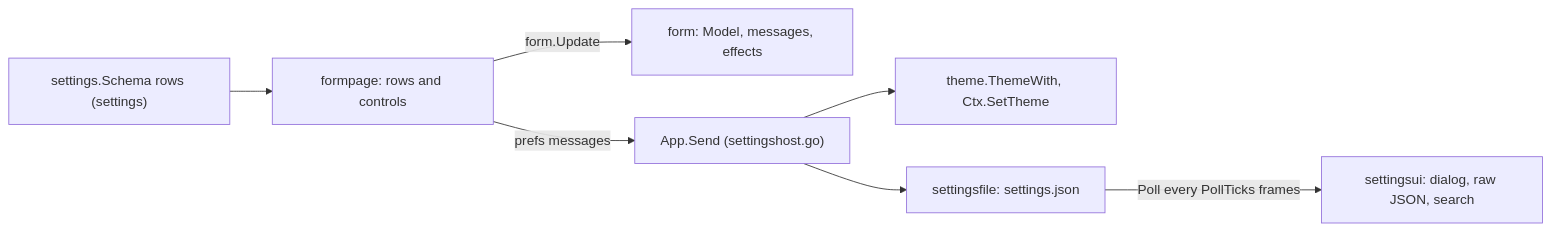
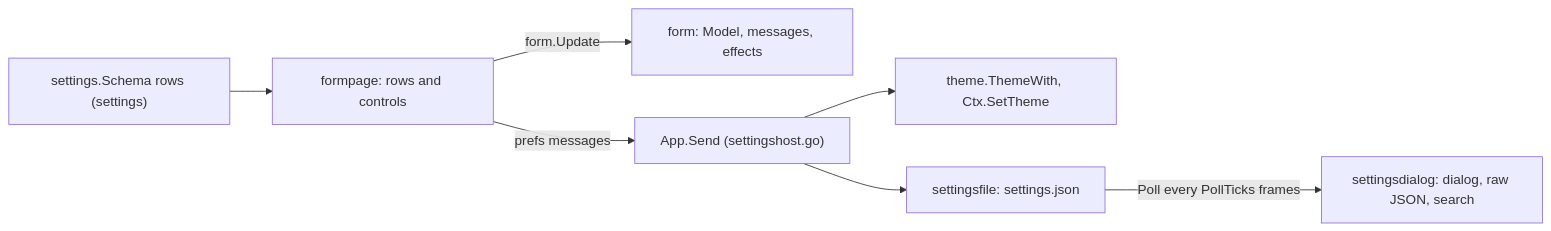
Before and after one commit to gascoigne-ai/gascoigne-workshop: the diagram in internal/feature/settings/FEATURE.md, drawn with Mermaid. The commit also changed other lines of this file and 155 other files, not shown here.

````diff
--- a/internal/feature/settings/FEATURE.md
+++ b/internal/feature/settings/FEATURE.md
@@ -16,9 +16,9 @@
 ```mermaid
 flowchart LR
   schema["settings.Schema rows (settings)"] --> formpage["formpage: rows and controls"]
   formpage -- "form.Update" --> form["form: Model, messages, effects"]
   formpage -- "prefs messages" --> app["App.Send (settingshost.go)"]
   app --> theme["theme.ThemeWith, Ctx.SetTheme"]
   app --> file["settingsfile: settings.json"]
-  file -- "Poll every PollTicks frames" --> shell["settingsui: dialog, raw JSON, search"]
+  file -- "Poll every PollTicks frames" --> shell["settingsdialog: dialog, raw JSON, search"]
 ```
````
